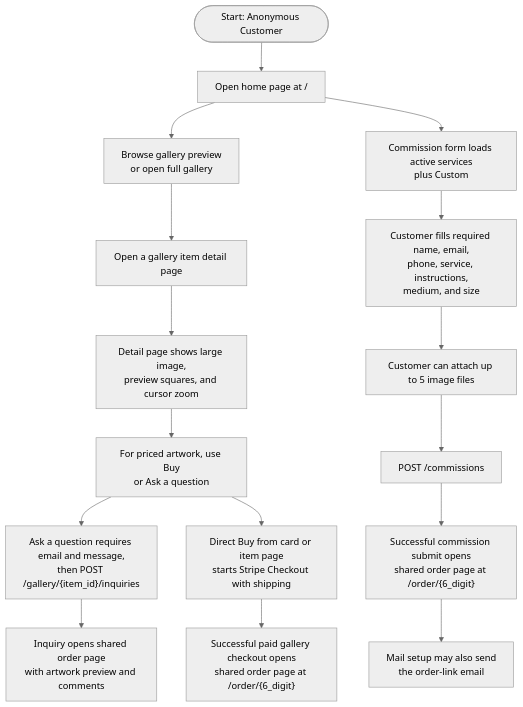
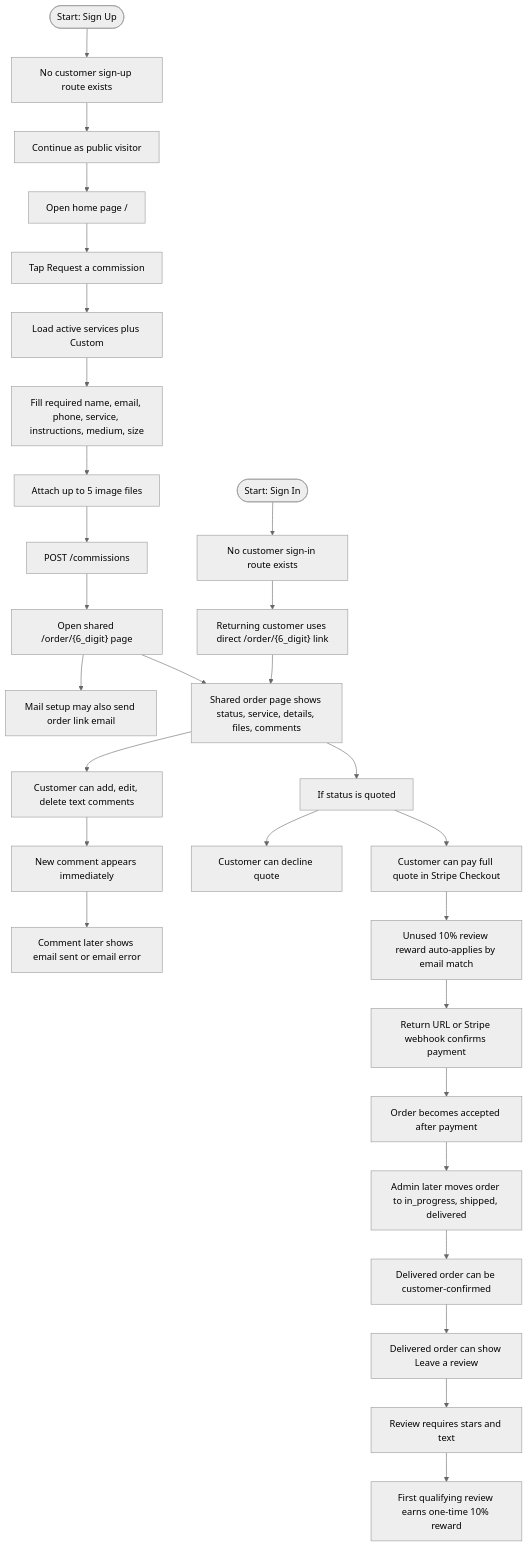
One commit to david-lytikainen/SAS changed the second of 3 diagrams in 0_KC/flowchart.md. Above: the diagram before and after it, drawn with Mermaid (neutral theme). The commit also changed other lines of this file and 3 other files, not shown here.

Commit message:
Refresh KC flowchart source

````diff
--- a/0_KC/flowchart.md
+++ b/0_KC/flowchart.md
@@ -76,24 +65,46 @@
 ```mermaid
 flowchart TB
-  C0([Start: Anonymous Customer])
-  C1["Open home page at /"]
-  C2["Browse gallery preview<br/>or open full gallery"]
-  C3["Open a gallery item detail page"]
-  C4["Detail page shows large image,<br/>preview squares, and cursor zoom"]
-  C5["For priced artwork, use Buy<br/>or Ask a question"]
-  C6["Ask a question requires email and message,<br/>then POST /gallery/{item_id}/inquiries"]
-  C7["Inquiry opens shared order page<br/>with artwork preview and comments"]
-  C8["Direct Buy from card or item page<br/>starts Stripe Checkout with shipping"]
-  C9["Successful paid gallery checkout opens<br/>shared order page at /order/{6_digit}"]
-  C10["Commission form loads active services<br/>plus Custom"]
-  C11["Customer fills required name, email,<br/>phone, service, instructions,<br/>medium, and size"]
-  C12["Customer can attach up to 5 image files"]
-  C13["POST /commissions"]
-  C14["Successful commission submit opens<br/>shared order page at /order/{6_digit}"]
-  C15["Mail setup may also send<br/>the order-link email"]
+  SU([Start: Sign Up])
+  SU1["No customer sign-up route exists"]
+  SU2["Continue as public visitor"]
 
-  C0 --> C1 --> C2 --> C3 --> C4 --> C5
-  C5 --> C6 --> C7
-  C5 --> C8 --> C9
-  C1 --> C10 --> C11 --> C12 --> C13 --> C14 --> C15
+  SI([Start: Sign In])
+  SI1["No customer sign-in route exists"]
+  SI2["Returning customer uses direct /order/{6_digit} link"]
+
+  H0["Open home page /"]
+  H1["Tap Request a commission"]
+  F0["Load active services plus Custom"]
+  F1["Fill required name, email, phone, service, instructions, medium, size"]
+  F2["Attach up to 5 image files"]
+  F3["POST /commissions"]
+  F4["Open shared /order/{6_digit} page"]
+  F5["Mail setup may also send order link email"]
+
+  O0["Shared order page shows status, service, details, files, comments"]
+  O1["Customer can add, edit, delete text comments"]
+  O2["New comment appears immediately"]
+  O3["Comment later shows email sent or email error"]
+
+  Q0["If status is quoted"]
+  Q1["Customer can decline quote"]
+  Q2["Customer can pay full quote in Stripe Checkout"]
+  Q3["Unused 10% review reward auto-applies by email match"]
+  Q4["Return URL or Stripe webhook confirms payment"]
+  Q5["Order becomes accepted after payment"]
+
+  D0["Admin later moves order to in_progress, shipped, delivered"]
+  D1["Delivered order can be customer-confirmed"]
+  D2["Delivered order can show Leave a review"]
+  D3["Review requires stars and text"]
+  D4["First qualifying review earns one-time 10% reward"]
+
+  SU --> SU1 --> SU2 --> H0
+  SI --> SI1 --> SI2 --> O0
+
+  H0 --> H1 --> F0 --> F1 --> F2 --> F3 --> F4 --> F5
+  F4 --> O0 --> O1 --> O2 --> O3
+  O0 --> Q0
+  Q0 --> Q1
+  Q0 --> Q2 --> Q3 --> Q4 --> Q5 --> D0 --> D1 --> D2 --> D3 --> D4
 ```
````
